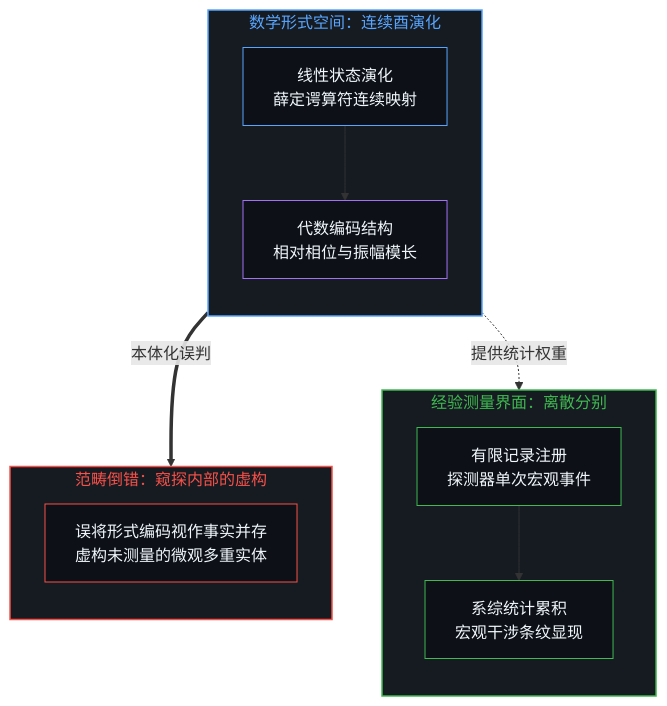
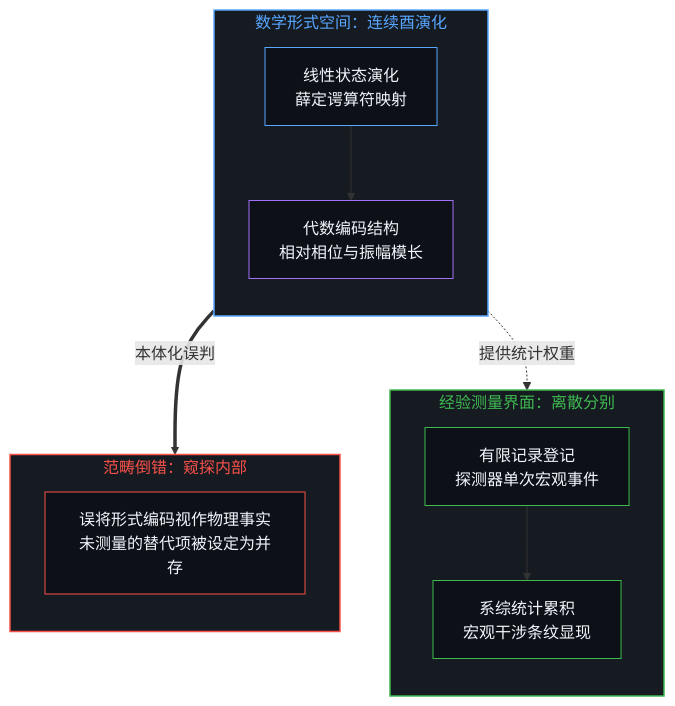
The first of 6 diagrams in content/posts/the-potential-infinity-of-operators-and-the-finite-horizon-of-records.md (powerpig99/not-a-toe), drawn with Mermaid before and after one commit. The commit also changed other lines of this file and 1 other file, not shown here.

````diff
--- a/content/posts/the-potential-infinity-of-operators-and-the-finite-horizon-of-records.md
+++ b/content/posts/the-potential-infinity-of-operators-and-the-finite-horizon-of-records.md
@@ -17,26 +17,26 @@
 ```mermaid
 flowchart TD
     subgraph S_FORM ["数学形式空间：连续酉演化"]
         direction TB
-        A["线性状态演化<br/>薛定谔算符连续映射"] --> B["代数编码结构<br/>相对相位与振幅模长"]
+        A["线性状态演化<br/>薛定谔算符映射"] --> B["代数编码结构<br/>相对相位与振幅模长"]
     end
     subgraph S_RECORD ["经验测量界面：离散分别"]
         direction TB
-        C["有限记录注册<br/>探测器单次宏观事件"] --> D["系综统计累积<br/>宏观干涉条纹显现"]
+        C["有限记录登记<br/>探测器单次宏观事件"] --> D["系综统计累积<br/>宏观干涉条纹显现"]
     end
-    subgraph S_ILLUSION ["范畴倒错：窥探内部的虚构"]
+    subgraph S_ILLUSION ["范畴倒错：窥探内部"]
         direction TB
-        E["误将形式编码视作事实并存<br/>虚构未测量的微观多重实体"]
+        E["误将形式编码视作物理事实<br/>未测量的替代项被设定为并存"]
     end
     B -.->|提供统计权重| C
     B ==>|本体化误判| E
 
     style S_FORM fill:#161b22,stroke:#58a6ff,stroke-width:1.5px,color:#58a6ff
     style S_RECORD fill:#161b22,stroke:#3fb950,stroke-width:1.5px,color:#3fb950
     style S_ILLUSION fill:#161b22,stroke:#f85149,stroke-width:1.5px,color:#f85149
     style A fill:#0d1117,stroke:#58a6ff,stroke-width:1px,color:#f0f6fc
     style B fill:#0d1117,stroke:#a371f7,stroke-width:1px,color:#f0f6fc
     style C fill:#0d1117,stroke:#3fb950,stroke-width:1px,color:#f0f6fc
     style D fill:#0d1117,stroke:#3fb950,stroke-width:1px,color:#f0f6fc
     style E fill:#0d1117,stroke:#f85149,stroke-width:1px,color:#f0f6fc
 ```
````
